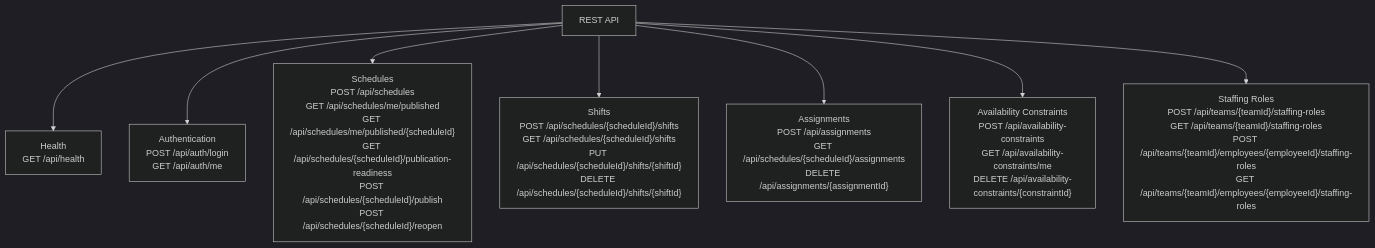
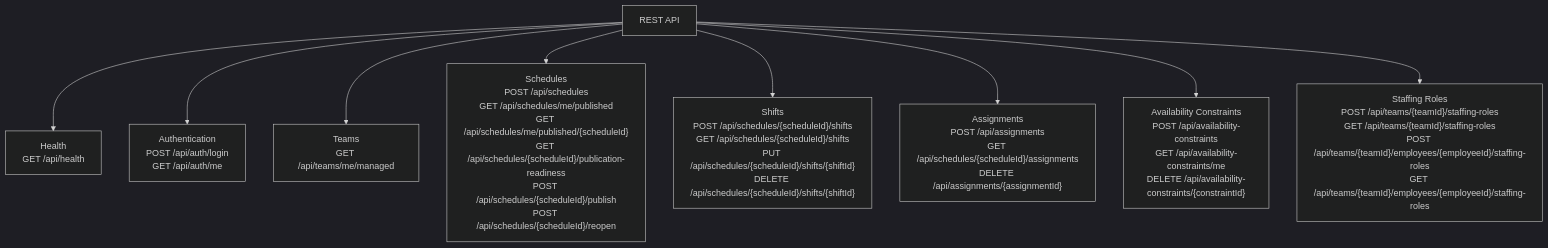
One commit to HiliMor/shift-management-system changed the fifth of 14 diagrams in docs/current-backend-architecture.md. Above: the diagram before and after it, drawn with Mermaid (dark theme). The commit also changed other lines of this file and 12 other files, not shown here.

````diff
--- a/docs/current-backend-architecture.md
+++ b/docs/current-backend-architecture.md
@@ -222,20 +224,22 @@
 ```mermaid
 flowchart TD
     api["REST API"]
 
     healthApi["Health<br/>GET /api/health"]
     authApi["Authentication<br/>POST /api/auth/login<br/>GET /api/auth/me"]
+    teamsApi["Teams<br/>GET /api/teams/me/managed"]
     schedulesApi["Schedules<br/>POST /api/schedules<br/>GET /api/schedules/me/published<br/>GET /api/schedules/me/published/{scheduleId}<br/>GET /api/schedules/{scheduleId}/publication-readiness<br/>POST /api/schedules/{scheduleId}/publish<br/>POST /api/schedules/{scheduleId}/reopen"]
     shiftsApi["Shifts<br/>POST /api/schedules/{scheduleId}/shifts<br/>GET /api/schedules/{scheduleId}/shifts<br/>PUT /api/schedules/{scheduleId}/shifts/{shiftId}<br/>DELETE /api/schedules/{scheduleId}/shifts/{shiftId}"]
     assignmentsApi["Assignments<br/>POST /api/assignments<br/>GET /api/schedules/{scheduleId}/assignments<br/>DELETE /api/assignments/{assignmentId}"]
     availabilityApi["Availability Constraints<br/>POST /api/availability-constraints<br/>GET /api/availability-constraints/me<br/>DELETE /api/availability-constraints/{constraintId}"]
     staffingApi["Staffing Roles<br/>POST /api/teams/{teamId}/staffing-roles<br/>GET /api/teams/{teamId}/staffing-roles<br/>POST /api/teams/{teamId}/employees/{employeeId}/staffing-roles<br/>GET /api/teams/{teamId}/employees/{employeeId}/staffing-roles"]
 
     api --> healthApi
     api --> authApi
+    api --> teamsApi
     api --> schedulesApi
     api --> shiftsApi
     api --> assignmentsApi
     api --> availabilityApi
     api --> staffingApi
 ```
````
